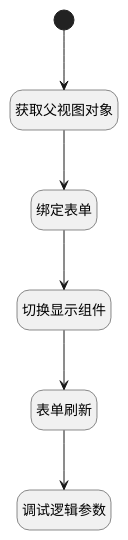
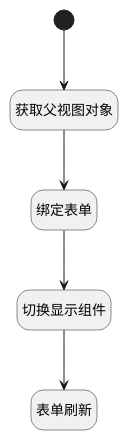
The diagram in doc/docsify/module/Base/workload/uilogic/back.md (iBizLab/plm), drawn with PlantUML before and after one commit. The commit also changed other lines of this file and 2344 other files, not shown here.

````diff
--- a/doc/docsify/module/Base/workload/uilogic/back.md
+++ b/doc/docsify/module/Base/workload/uilogic/back.md
@@ -7,27 +7,25 @@
 ```plantuml
 @startuml
 hide footbox
 <style>
 root {
   HyperlinkColor #42b983
 }
 </style>
 
 hide empty description
 state "开始" as Begin <<start>> [[$./back#begin {开始}]]
 state "绑定表单" as PREPAREJSPARAM2  [[$./back#preparejsparam2 {绑定表单}]]
+state "切换显示组件" as RAWJSCODE1  [[$./back#rawjscode1 {切换显示组件}]]
 state "表单刷新" as VIEWCTRLINVOKE1  [[$./back#viewctrlinvoke1 {表单刷新}]]
-state "切换显示组件" as RAWJSCODE1  [[$./back#rawjscode1 {切换显示组件}]]
-state "调试逻辑参数" as DEBUGPARAM1  [[$./back#debugparam1 {调试逻辑参数}]]
 state "获取父视图对象" as PREPAREJSPARAM1  [[$./back#preparejsparam1 {获取父视图对象}]]
 
 
 Begin --> PREPAREJSPARAM1
 PREPAREJSPARAM1 --> PREPAREJSPARAM2
 PREPAREJSPARAM2 --> RAWJSCODE1
 RAWJSCODE1 --> VIEWCTRLINVOKE1
-VIEWCTRLINVOKE1 --> DEBUGPARAM1
 
 
 @enduml
 ```
````
